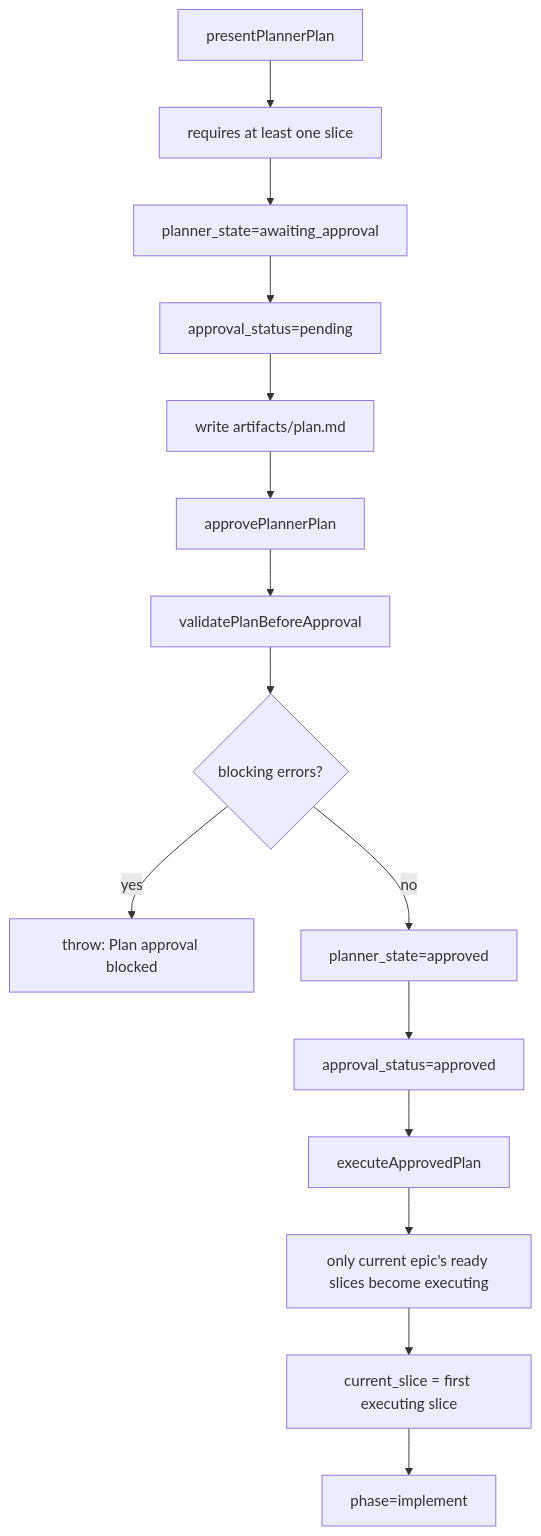
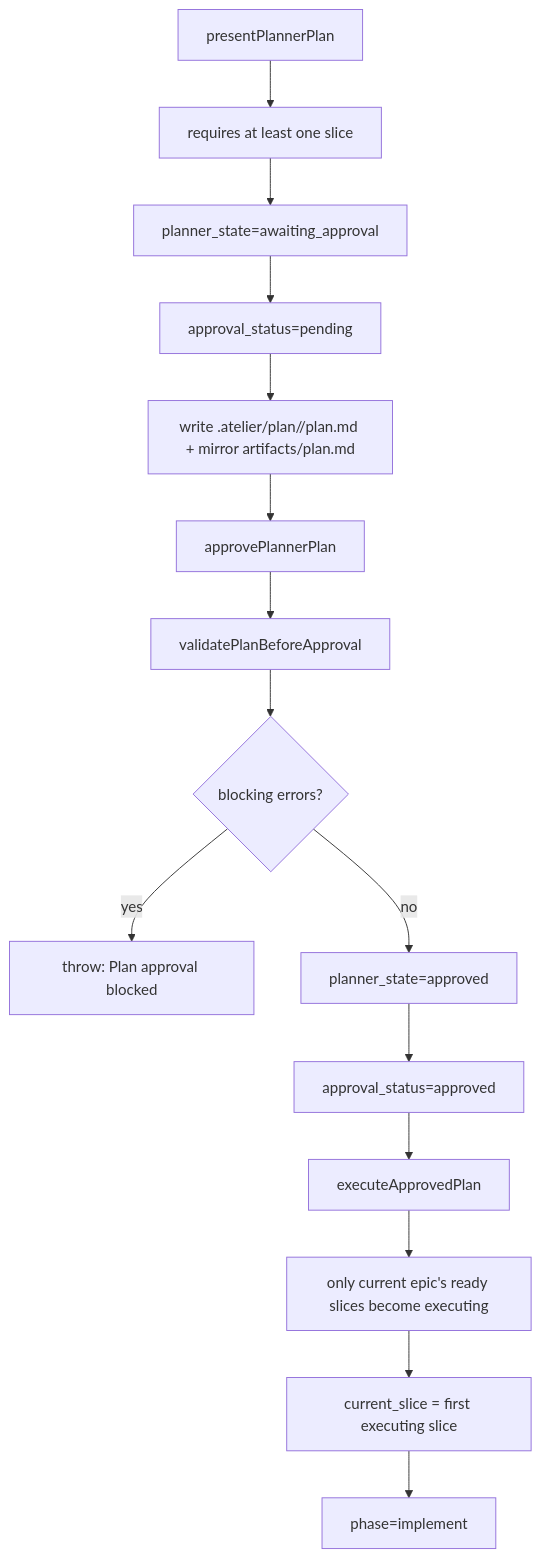
One commit to atelier-kit/atelier-kit changed the sixth of 8 diagrams in EXECUTION-FLOW.md. Above: the diagram before and after it, drawn with Mermaid. The commit also changed other lines of this file and 16 other files, not shown here.

First line of the commit message:
feat(planner): store each plan in .atelier/plan/<slug> with snapshot

````diff
--- a/EXECUTION-FLOW.md
+++ b/EXECUTION-FLOW.md
@@ -193,19 +193,19 @@
 ```mermaid
 flowchart TD
   A["presentPlannerPlan"] --> B["requires at least one slice"]
   B --> C["planner_state=awaiting_approval"]
   C --> D["approval_status=pending"]
-  D --> E["write artifacts/plan.md"]
+  D --> E["write .atelier/plan/<slug>/plan.md + mirror artifacts/plan.md"]
 
   E --> F["approvePlannerPlan"]
   F --> G["validatePlanBeforeApproval"]
   G --> H{"blocking errors?"}
   H -->|"yes"| I["throw: Plan approval blocked"]
   H -->|"no"| J["planner_state=approved"]
   J --> K["approval_status=approved"]
 
   K --> L["executeApprovedPlan"]
   L --> M["only current epic's ready slices become executing"]
   M --> N["current_slice = first executing slice"]
   N --> O["phase=implement"]
 ```
````
